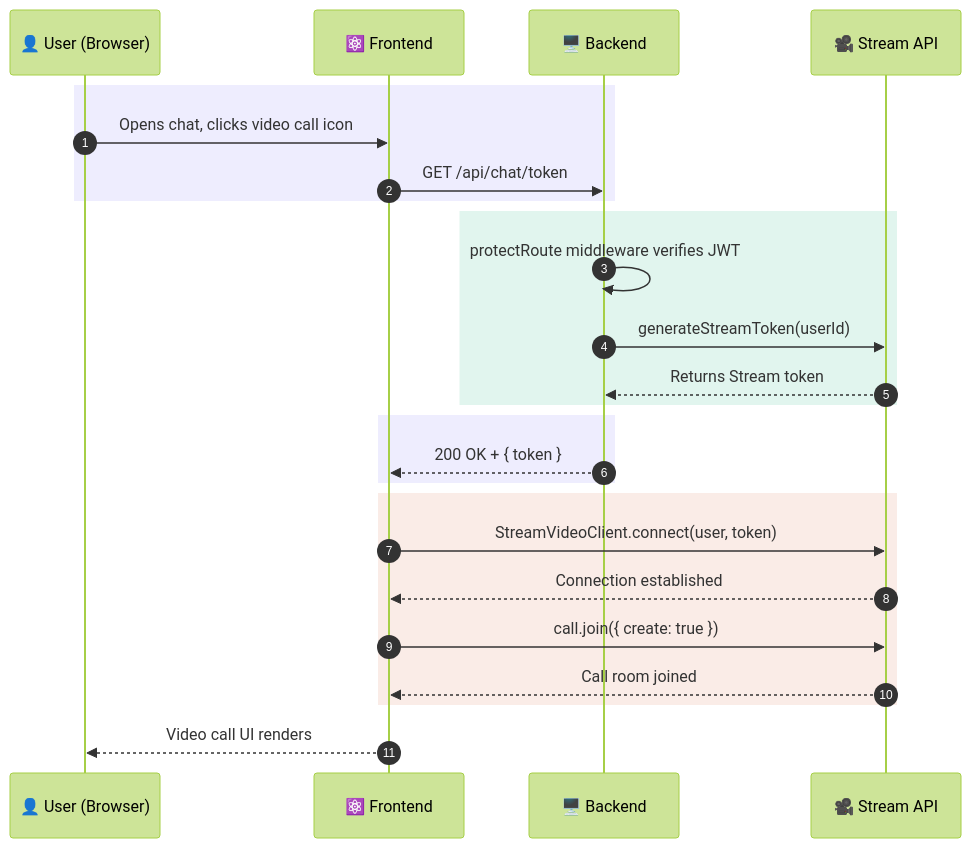
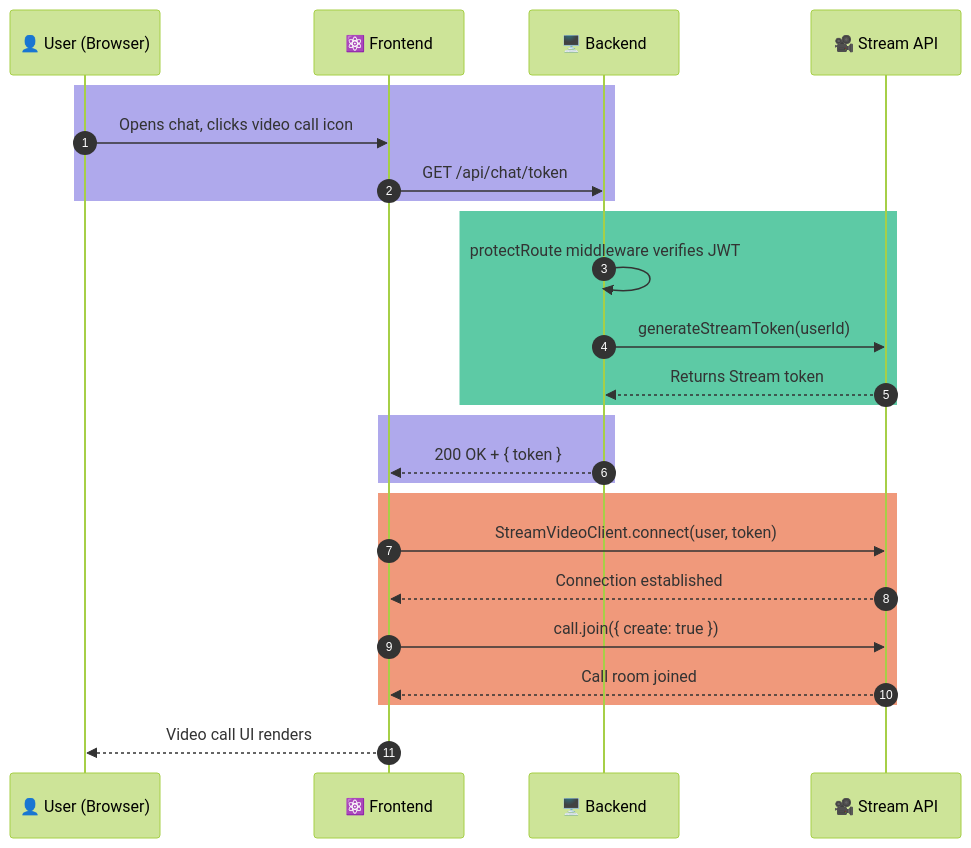
The fourth of 4 diagrams in ARCHITECTURE.md (aasthabajpai010/BhashaShikho), drawn with Mermaid (forest theme) before and after one commit. The commit also changed other lines of this file, not shown here.

Commit message:
Improve diagram color contrast for dark mode visibility

````diff
--- a/ARCHITECTURE.md
+++ b/ARCHITECTURE.md
@@ -131,28 +131,28 @@
 ```mermaid
 sequenceDiagram
     autonumber
     participant U as 👤 User (Browser)
     participant F as ⚛️ Frontend
     participant B as 🖥️ Backend
     participant S as 🎥 Stream API
 
-    rect rgb(238, 237, 254)
+    rect rgb(175, 169, 236)
     U->>F: Opens chat, clicks video call icon
     F->>B: GET /api/chat/token
     end
-    rect rgb(225, 245, 238)
+    rect rgb(93, 202, 165)
     B->>B: protectRoute middleware verifies JWT
     B->>S: generateStreamToken(userId)
     S-->>B: Returns Stream token
     end
-    rect rgb(238, 237, 254)
+    rect rgb(175, 169, 236)
     B-->>F: 200 OK + { token }
     end
-    rect rgb(250, 236, 231)
+    rect rgb(240, 153, 123)
     F->>S: StreamVideoClient.connect(user, token)
     S-->>F: Connection established
     F->>S: call.join({ create: true })
     S-->>F: Call room joined
     end
     F-->>U: Video call UI renders
 ```
````
